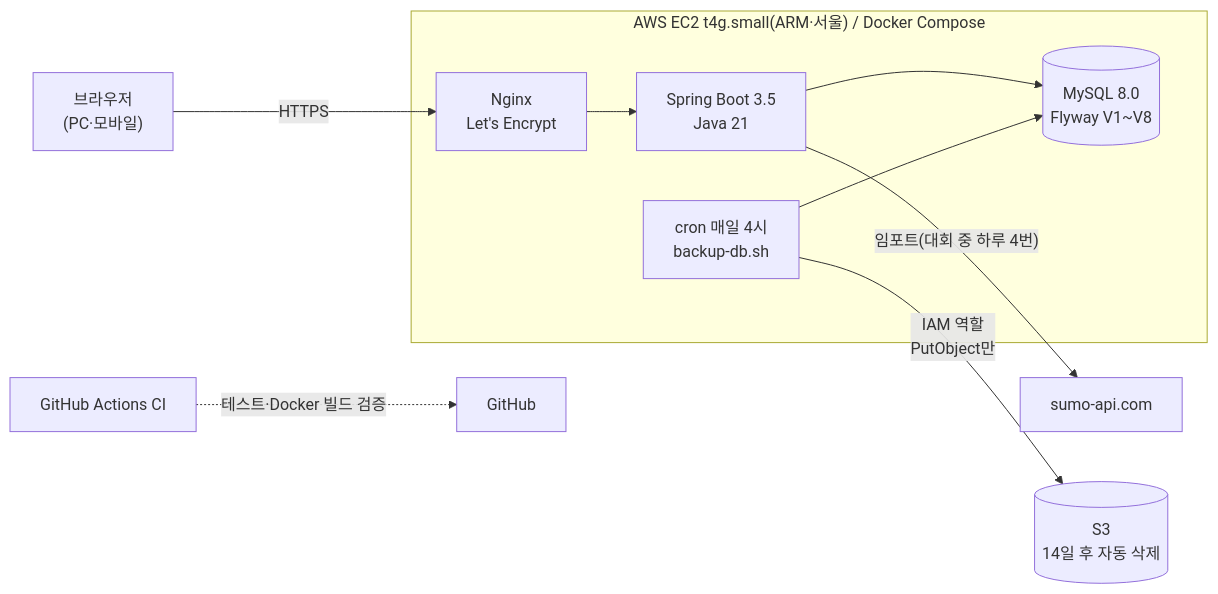
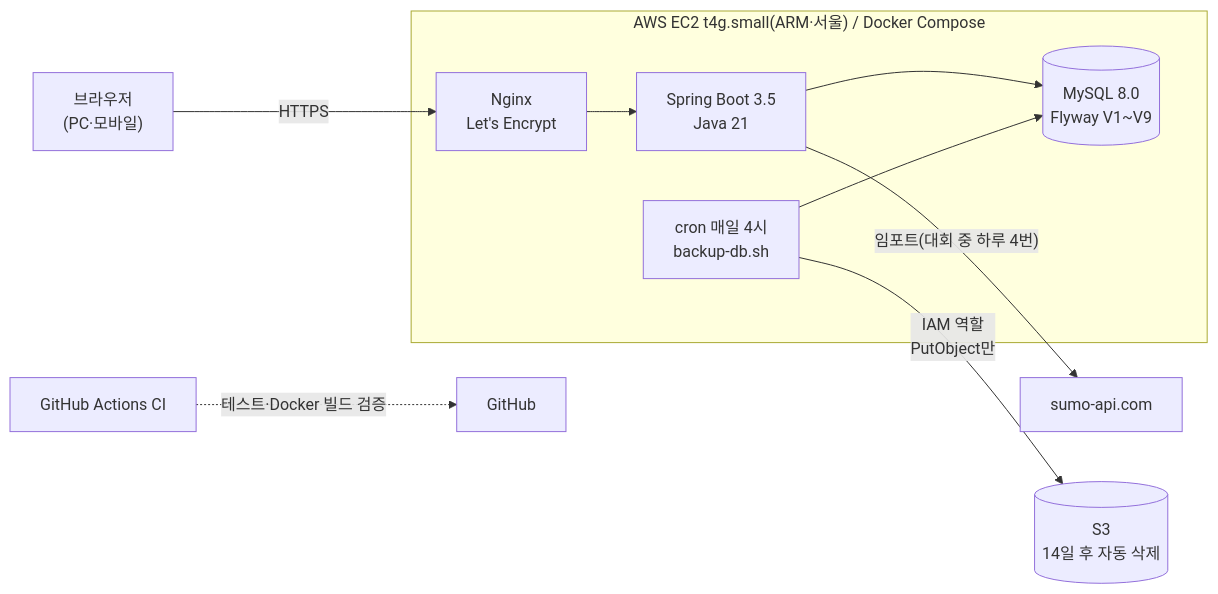
One commit to genuinekumquat/sumoarchive changed the diagram in README.md. Above: the diagram before and after it, drawn with Mermaid. The commit also changed 1 other file, not shown here.

Commit message:
docs: README 아키텍처 그림 Flyway V1~V9

````diff
--- a/README.md
+++ b/README.md
@@ -74,12 +74,12 @@
 ```mermaid
 flowchart LR
     U["브라우저<br/>(PC·모바일)"] -- "HTTPS" --> N
     subgraph EC2["AWS EC2 t4g.small(ARM·서울) / Docker Compose"]
         N["Nginx<br/>Let's Encrypt"] --> A["Spring Boot 3.5<br/>Java 21"]
-        A --> D[("MySQL 8.0<br/>Flyway V1~V8")]
+        A --> D[("MySQL 8.0<br/>Flyway V1~V9")]
         B["cron 매일 4시<br/>backup-db.sh"] --> D
     end
     A -- "임포트(대회 중 하루 4번)" --> S["sumo-api.com"]
     B -- "IAM 역할<br/>PutObject만" --> S3[("S3<br/>14일 후 자동 삭제")]
     G["GitHub Actions CI"] -. "테스트·Docker 빌드 검증" .-> R["GitHub"]
 ```
````
